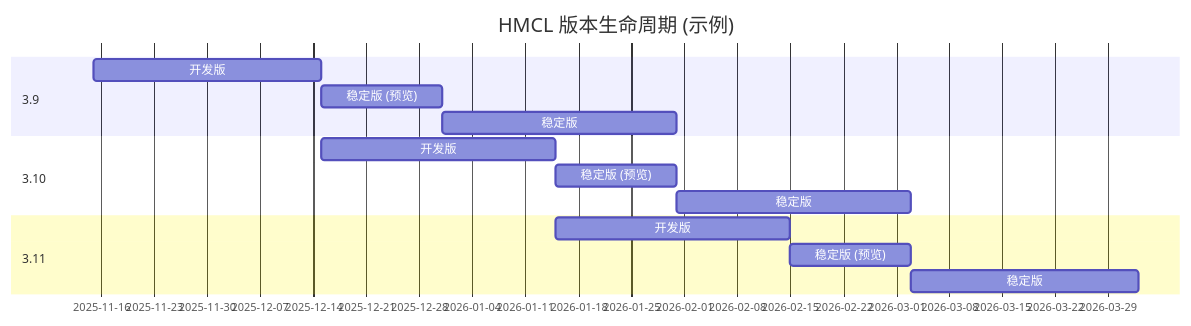
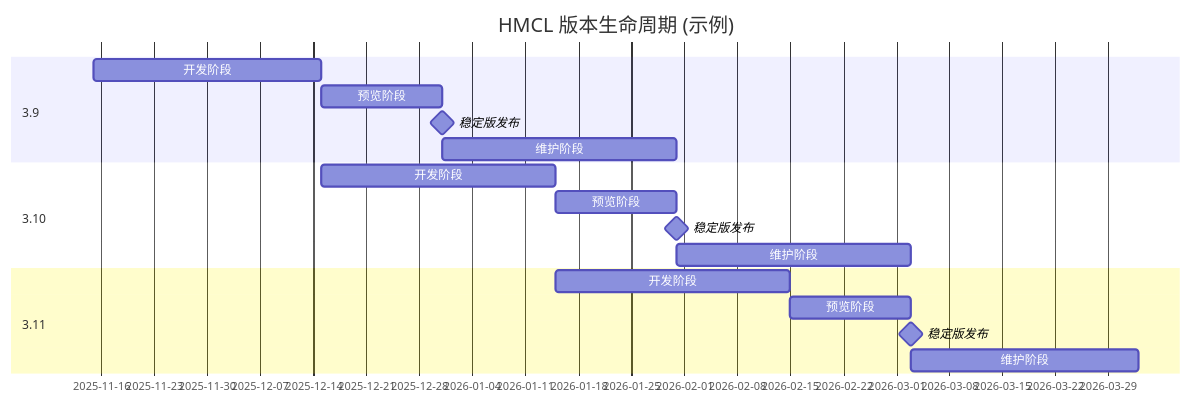
The diagram in docs/ReleaseSchedule_zh.md (HMCL-dev/HMCL), drawn with Mermaid before and after one commit. The commit also changed other lines of this file, not shown here.

````diff
--- a/docs/ReleaseSchedule_zh.md
+++ b/docs/ReleaseSchedule_zh.md
@@ -42,16 +42,19 @@
 ```mermaid
 gantt
     title HMCL 版本生命周期 (示例)
     section 3.9
-        开发版: 2025-11-15, 30d
-        稳定版 (预览): 2025-12-15, 16d
-        稳定版: 2025-12-31, 31d
+        开发阶段: a1, 2025-11-15, 30d
+        预览阶段: a2, after a1, 16d
+        稳定版发布: milestone, after a2, 0d
+        维护阶段: a3, after a2, 31d
     section 3.10
-        开发版: 2025-12-15, 31d
-        稳定版 (预览): 2026-01-15, 16d
-        稳定版: 2026-01-31, 31d
+        开发阶段: b1, after a1, 31d
+        预览阶段: b2, after b1, 16d
+        稳定版发布: milestone, after b2, 0d
+        维护阶段: b3, after b2, 31d
     section 3.11
-        开发版: 2026-01-15, 31d
-        稳定版 (预览): 2026-02-15, 16d
-        稳定版: 2026-02-31, 30d
+        开发阶段: c1, after b1, 31d
+        预览阶段: c2, after c1, 16d
+        稳定版发布: milestone, after c2, 0d
+        维护阶段: c3, after c2, 30d
 ```
````
